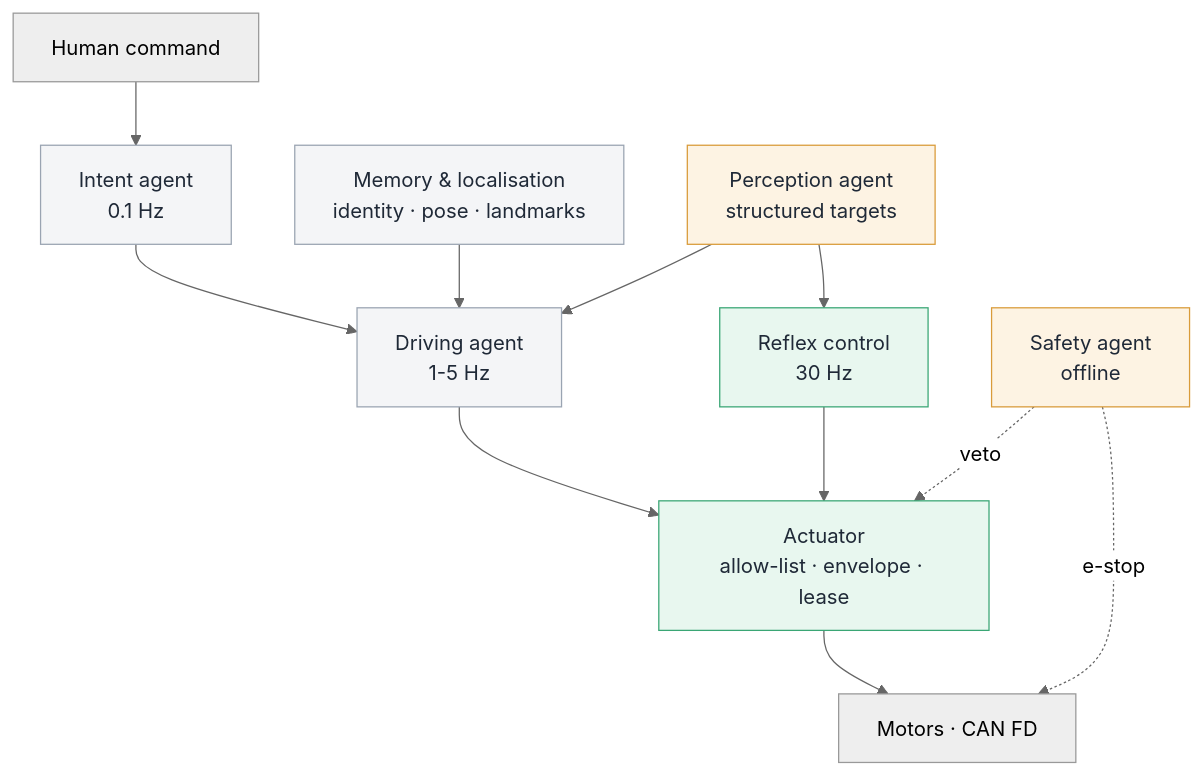
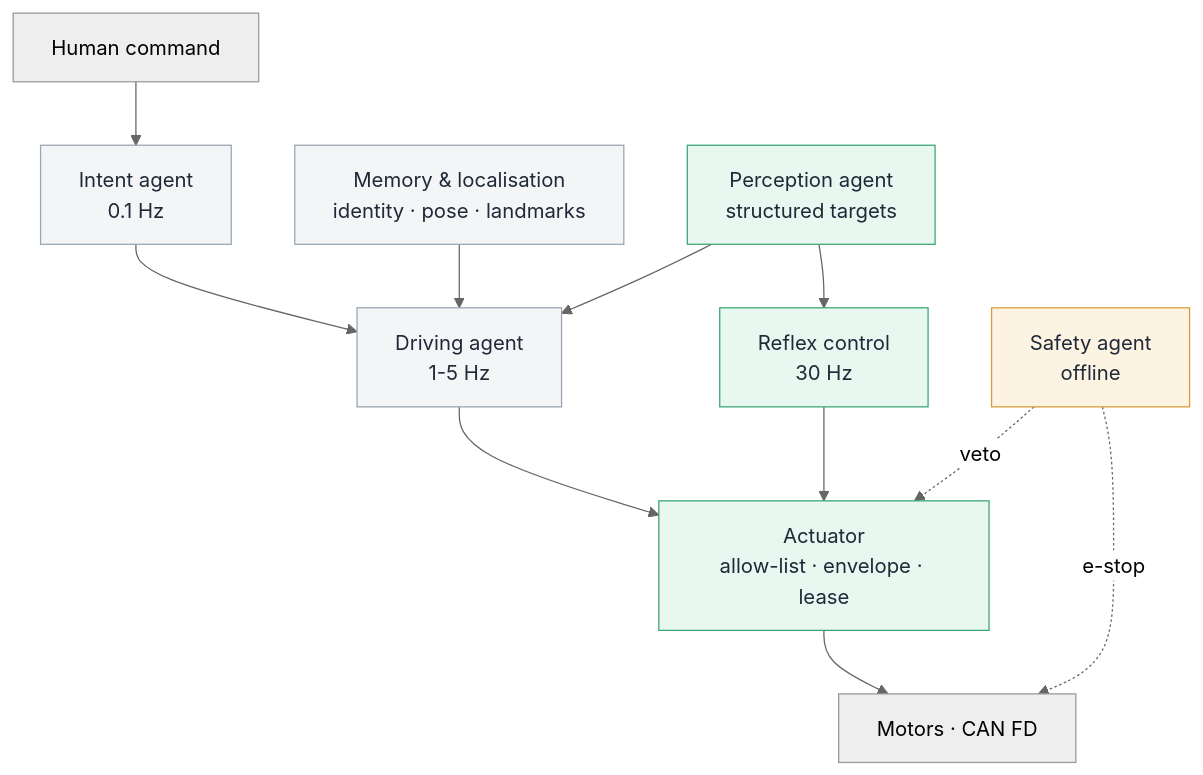
One commit to qianruo-orange/autonomous-driving-car changed the third of 3 diagrams in README.md. Above: the diagram before and after it, drawn with Mermaid (neutral theme). The commit also changed other lines of this file and 5 other files, not shown here.

````diff
--- a/README.md
+++ b/README.md
@@ -766,20 +821,21 @@
 ```mermaid
 flowchart TB
     H["Human command"] --> IN["Intent agent<br/>0.1 Hz"]
     IN --> PL["Driving agent<br/>1-5 Hz"]
     MEM["Memory & localisation<br/>identity · pose · landmarks"] --> PL
     PER["Perception agent<br/>structured targets"] --> PL
     PER --> REF["Reflex control<br/>30 Hz"]
     PL --> EX["Actuator<br/>allow-list · envelope · lease"]
     REF --> EX
     SAF["Safety agent<br/>offline"] -.->|veto| EX
     SAF -.->|e-stop| MOT["Motors · CAN FD"]
     EX --> MOT
 
     classDef done fill:#e8f7ef,stroke:#3aa675,color:#1f2937
     classDef half fill:#fdf3e3,stroke:#d99b3a,color:#1f2937
     classDef todo fill:#f4f5f7,stroke:#9aa4b2,color:#1f2937
     class REF,EX done
-    class PER,SAF half
+    class SAF half
+    class PER done
     class IN,PL,MEM todo
 ```
````
